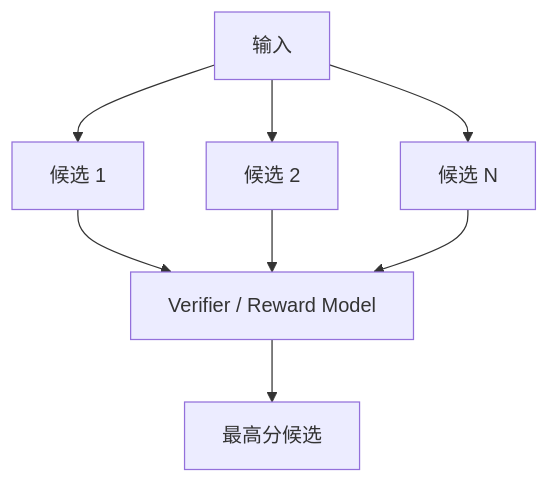
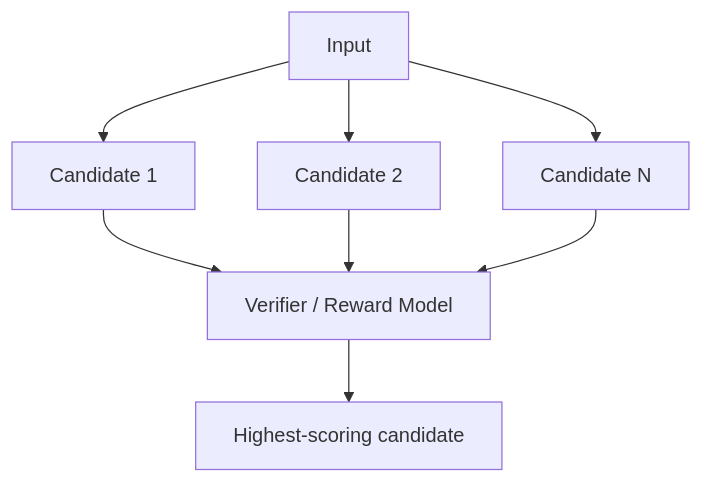
One commit to oneleaveknowsthefall/awesome-ai-roadmap changed the seventh of 17 diagrams in docs/agent/02-reasoning-planning/05-agent-reasoning-methods.md. Above: the diagram before and after it, drawn with Mermaid. The commit also changed other lines of this file and 68 other files, not shown here.

````diff
--- a/docs/agent/02-reasoning-planning/05-agent-reasoning-methods.md
+++ b/docs/agent/02-reasoning-planning/05-agent-reasoning-methods.md
@@ -327,10 +327,10 @@
 ```mermaid
 flowchart TB
-    Q[输入] --> C1[候选 1]
-    Q --> C2[候选 2]
-    Q --> CN[候选 N]
+    Q[Input] --> C1[Candidate 1]
+    Q --> C2[Candidate 2]
+    Q --> CN[Candidate N]
     C1 --> V[Verifier / Reward Model]
     C2 --> V
     CN --> V
-    V --> BEST[最高分候选]
+    V --> BEST[Highest-scoring candidate]
 ```
````
